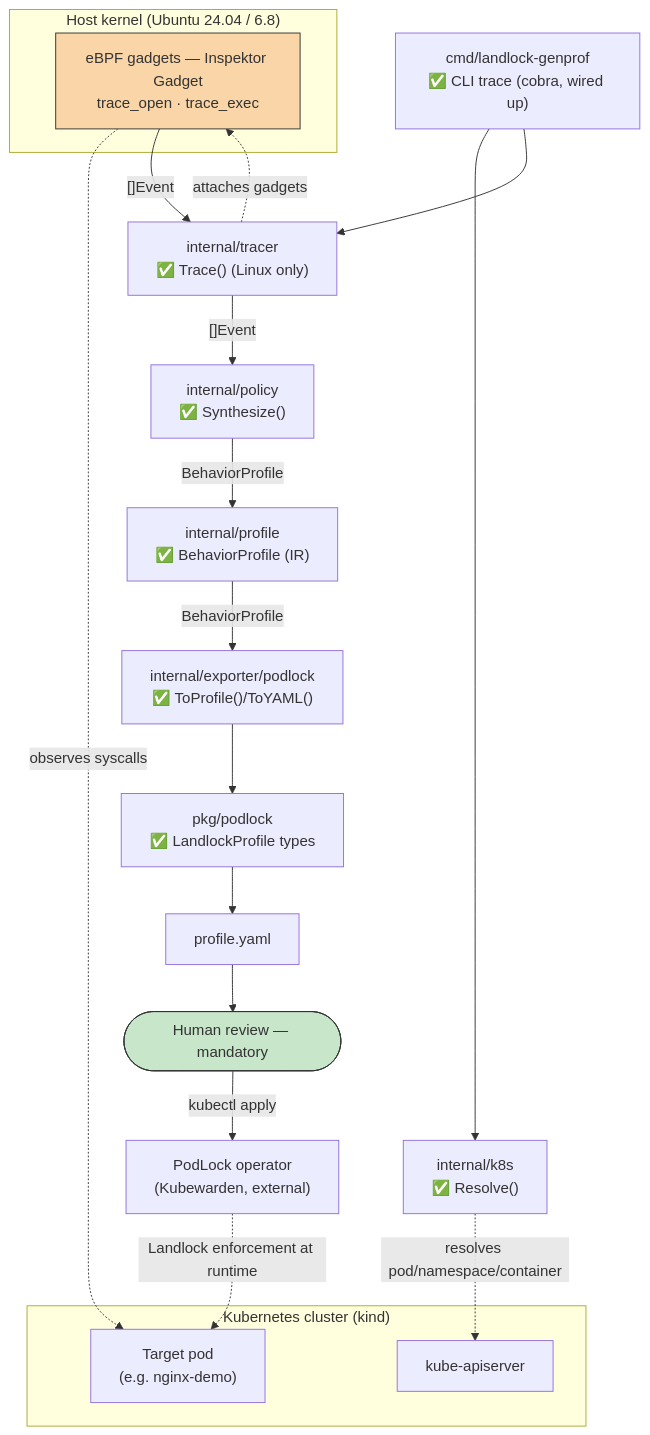
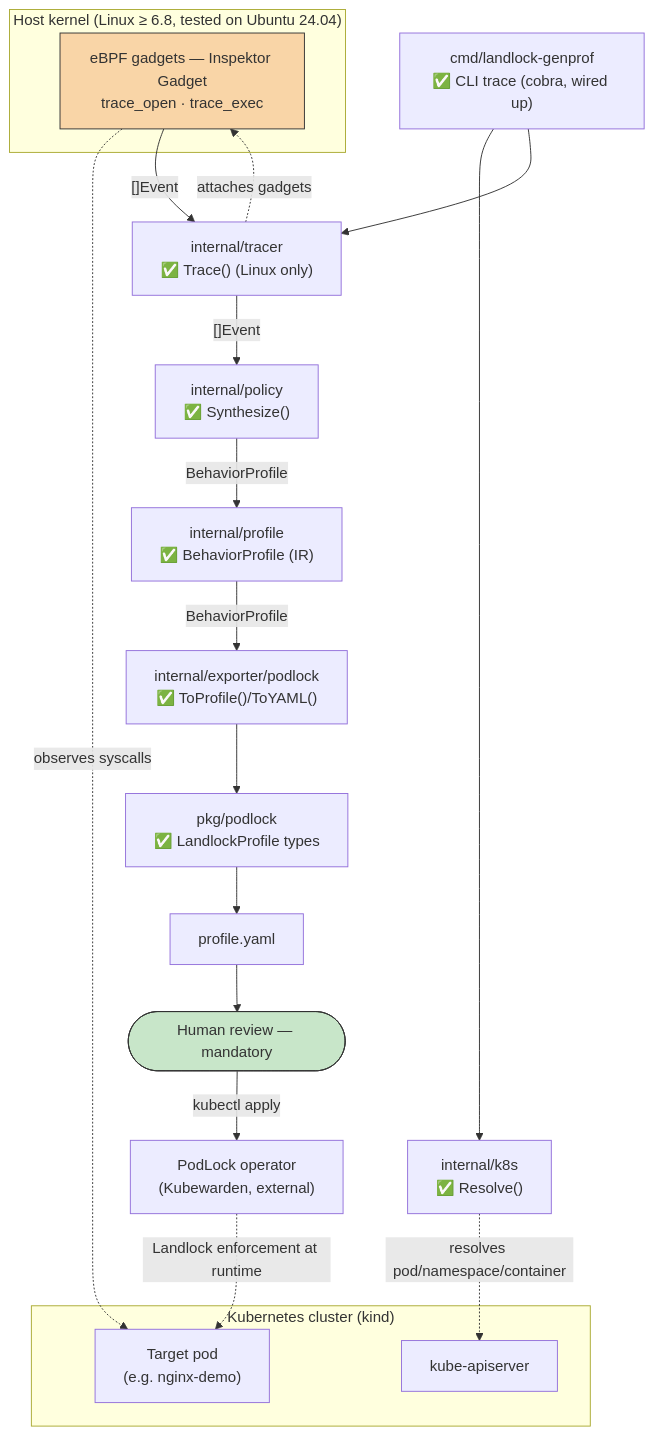
The first of 3 diagrams in docs/architecture.md (idriss-eliguene/landlock-genprof), drawn with Mermaid before and after one commit. The commit also changed 2 other files, not shown here.

Commit message:
docs: clarify kernel-version requirement vs tested distros, add Ubuntu 26.04
The prerequisites tables read like Ubuntu was required, when the actual
constraint is the kernel version — nothing under hack/ calls a
distro-specific package manager. Reworded to separate "minimum kernel
version" from "distros actually tested", and added Ubuntu 26.04 (kernel
7.0) after validating check-kernel.sh + build/vet/test on it. Also fixed
the repo-tree sections in both READMEs, which still referenced the
pre-refactor Rule/BinaryProfile types.

````diff
--- a/docs/architecture.md
+++ b/docs/architecture.md
@@ -11,40 +11,40 @@
 ```mermaid
 flowchart TD
     subgraph cluster["Kubernetes cluster (kind)"]
         POD["Target pod<br/>(e.g. nginx-demo)"]
         API["kube-apiserver"]
     end
 
-    subgraph host["Host kernel (Ubuntu 24.04 / 6.8)"]
+    subgraph host["Host kernel (Linux ≥ 6.8, tested on Ubuntu 24.04)"]
         EBPF["eBPF gadgets — Inspektor Gadget<br/>trace_open · trace_exec"]
     end
 
     CLI["cmd/landlock-genprof<br/>✅ CLI trace (cobra, wired up)"]
     K8SPKG["internal/k8s<br/>✅ Resolve()"]
     TRACER["internal/tracer<br/>✅ Trace() (Linux only)"]
     POLICY["internal/policy<br/>✅ Synthesize()"]
     IR["internal/profile<br/>✅ BehaviorProfile (IR)"]
     EXPORTER["internal/exporter/podlock<br/>✅ ToProfile()/ToYAML()"]
     PODLOCKTYPES["pkg/podlock<br/>✅ LandlockProfile types"]
     YAML["profile.yaml"]
     HUMAN(["Human review — mandatory"])
     PODLOCKOP["PodLock operator<br/>(Kubewarden, external)"]
 
     CLI --> K8SPKG
     K8SPKG -. "resolves pod/namespace/container" .-> API
     CLI --> TRACER
     TRACER -. "attaches gadgets" .-> EBPF
     EBPF -. "observes syscalls" .-> POD
     EBPF -- "[]Event" --> TRACER
     TRACER -- "[]Event" --> POLICY
     POLICY -- "BehaviorProfile" --> IR
     IR -- "BehaviorProfile" --> EXPORTER
     EXPORTER --> PODLOCKTYPES
     PODLOCKTYPES --> YAML
     YAML --> HUMAN
     HUMAN -- "kubectl apply" --> PODLOCKOP
     PODLOCKOP -. "Landlock enforcement at runtime" .-> POD
 
     style EBPF fill:#f9d5a7,stroke:#333
     style HUMAN fill:#c8e6c9,stroke:#333
 ```
````
